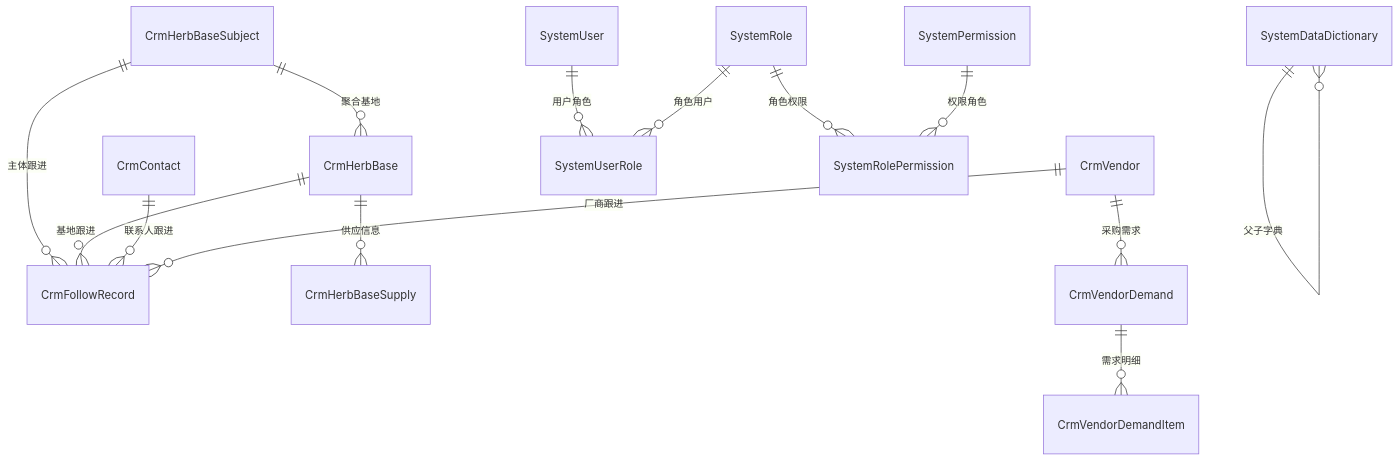
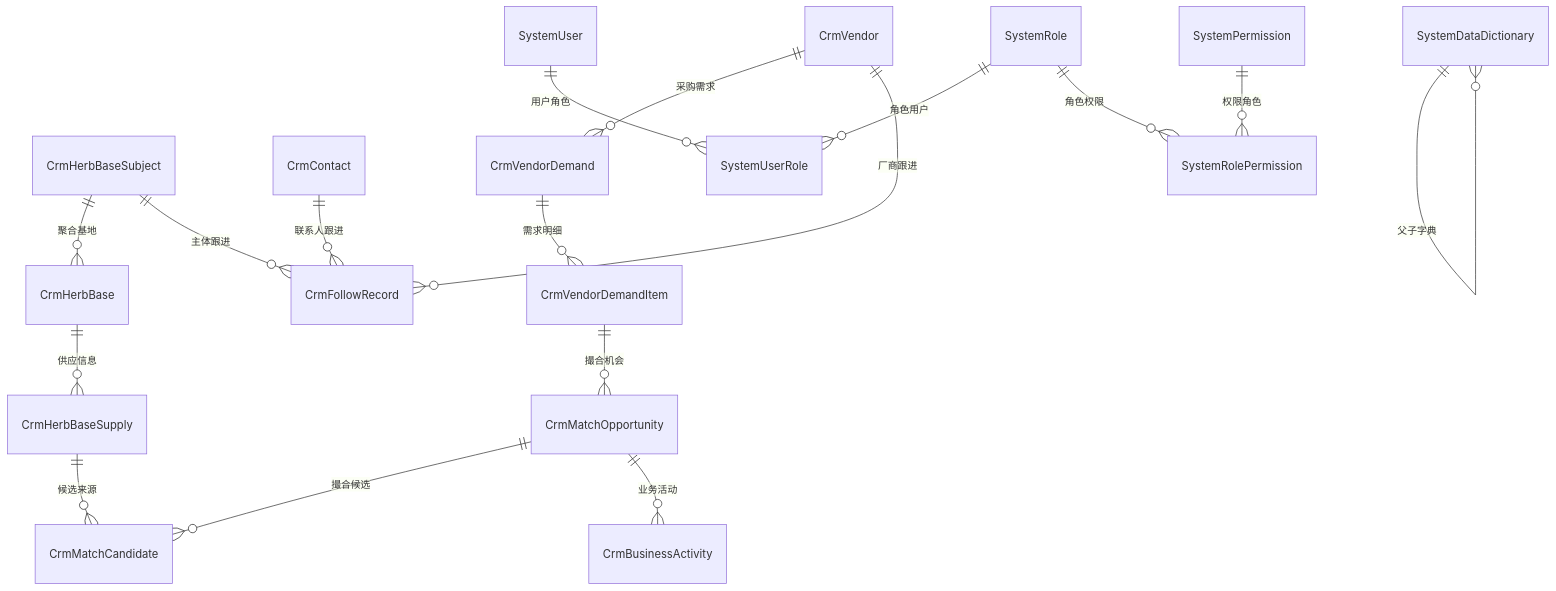
The diagram in docs/domain/实体说明.md (gouyanfeng/qps), drawn with Mermaid before and after one commit. The commit also changed other lines of this file and 38 other files, not shown here.

````diff
--- a/docs/domain/实体说明.md
+++ b/docs/domain/实体说明.md
@@ -405,17 +458,20 @@
 ```mermaid
 erDiagram
     CrmHerbBaseSubject ||--o{ CrmHerbBase : "聚合基地"
     CrmHerbBaseSubject ||--o{ CrmFollowRecord : "主体跟进"
     CrmHerbBase ||--o{ CrmHerbBaseSupply : "供应信息"
-    CrmHerbBase ||--o{ CrmFollowRecord : "基地跟进"
     CrmContact ||--o{ CrmFollowRecord : "联系人跟进"
     CrmVendor ||--o{ CrmVendorDemand : "采购需求"
     CrmVendorDemand ||--o{ CrmVendorDemandItem : "需求明细"
     CrmVendor ||--o{ CrmFollowRecord : "厂商跟进"
+    CrmVendorDemandItem ||--o{ CrmMatchOpportunity : "撮合机会"
+    CrmMatchOpportunity ||--o{ CrmMatchCandidate : "撮合候选"
+    CrmHerbBaseSupply ||--o{ CrmMatchCandidate : "候选来源"
+    CrmMatchOpportunity ||--o{ CrmBusinessActivity : "业务活动"
 
     SystemUser ||--o{ SystemUserRole : "用户角色"
     SystemRole ||--o{ SystemUserRole : "角色用户"
     SystemRole ||--o{ SystemRolePermission : "角色权限"
     SystemPermission ||--o{ SystemRolePermission : "权限角色"
     SystemDataDictionary ||--o{ SystemDataDictionary : "父子字典"
 ```
````
